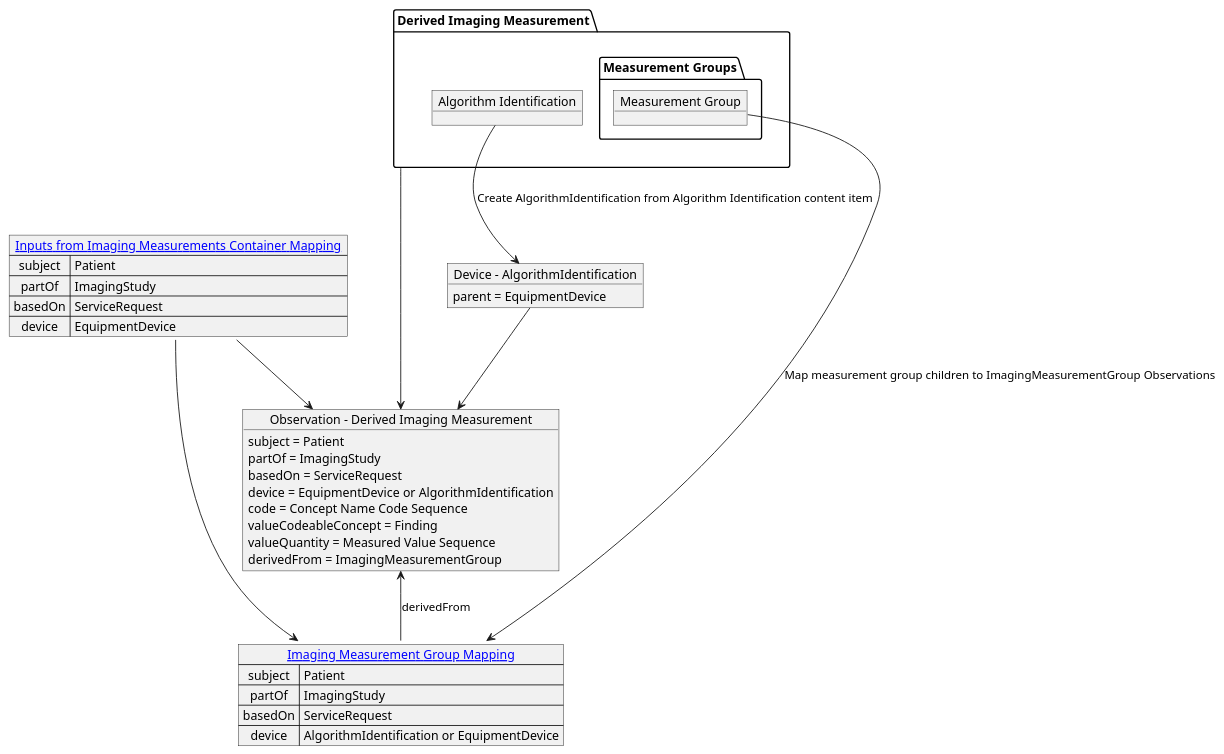
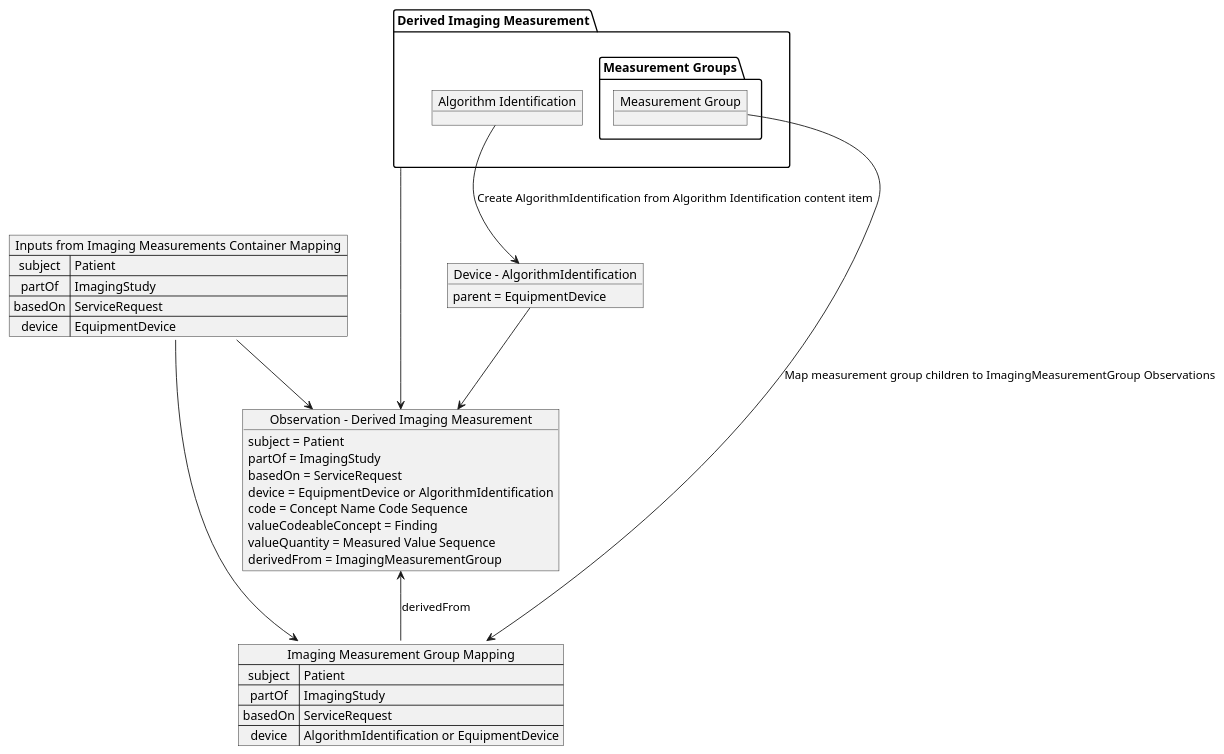
The diagram in input/images-source/4_8_derived_imaging_measurement_mapping.plantuml (HL7/dicom-sr), drawn with PlantUML before and after one commit. The commit also changed 23 other files, not shown here.

```diff
--- a/input/images-source/4_8_derived_imaging_measurement_mapping.plantuml
+++ b/input/images-source/4_8_derived_imaging_measurement_mapping.plantuml
@@ -1,48 +1,48 @@
 @startuml derived_imaging_measurement_mapping
 
-map "[[mapping.html#imaging-measurements-container-mapping Inputs from Imaging Measurements Container Mapping]]" as inputs {
+map "Inputs from Imaging Measurements Container Mapping" as inputs {
    subject => Patient
    partOf => ImagingStudy
    basedOn => ServiceRequest
    device => EquipmentDevice
 }
 
 package "Derived Imaging Measurement" as derivedMeasurement {
    object "Algorithm Identification" as algorithm
    package "Measurement Groups" {
     object "Measurement Group" as measurementGroup
    }
 }
 
 object "Device - AlgorithmIdentification" as AlgorithmIdentification {
     parent = EquipmentDevice
 }
 
 object "Observation - Derived Imaging Measurement" as derivedImagingMeasurement {
     subject = Patient
     partOf = ImagingStudy
     basedOn = ServiceRequest
     device = EquipmentDevice or AlgorithmIdentification
     code = Concept Name Code Sequence
     valueCodeableConcept = Finding
     valueQuantity = Measured Value Sequence
     derivedFrom = ImagingMeasurementGroup
 }
 
-map "[[mapping.html#imaging-measurement-group-mapping Imaging Measurement Group Mapping]]" as imagingMeasurementGroupMap {
+map "Imaging Measurement Group Mapping" as imagingMeasurementGroupMap {
     subject => Patient
     partOf => ImagingStudy
     basedOn => ServiceRequest
     device => AlgorithmIdentification or EquipmentDevice
 }
 
 algorithm --> AlgorithmIdentification: Create AlgorithmIdentification from Algorithm Identification content item
 
 inputs --> derivedImagingMeasurement
 AlgorithmIdentification --> derivedImagingMeasurement
 derivedMeasurement --> derivedImagingMeasurement
 
 inputs --> imagingMeasurementGroupMap
 measurementGroup --> imagingMeasurementGroupMap: Map measurement group children to ImagingMeasurementGroup Observations
 derivedImagingMeasurement <-- imagingMeasurementGroupMap: derivedFrom
 @enduml
```
